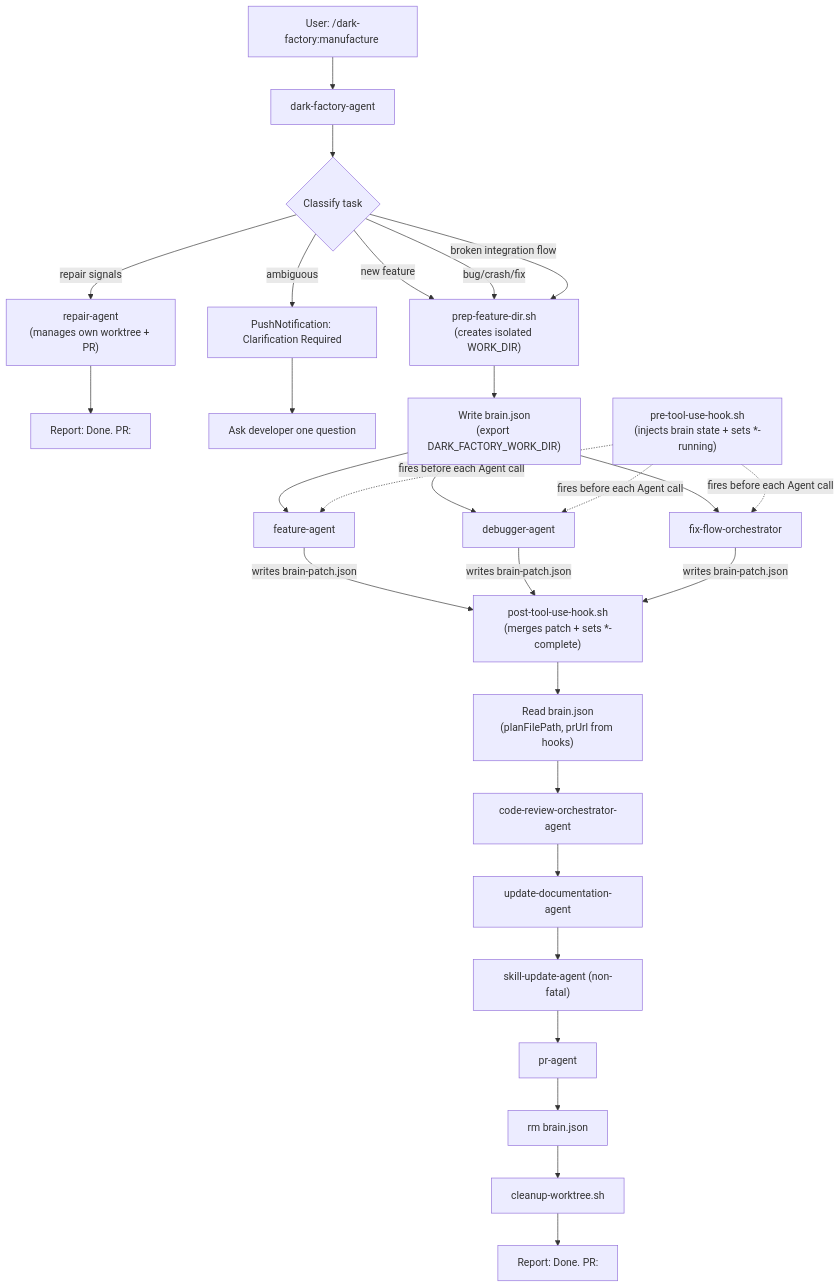
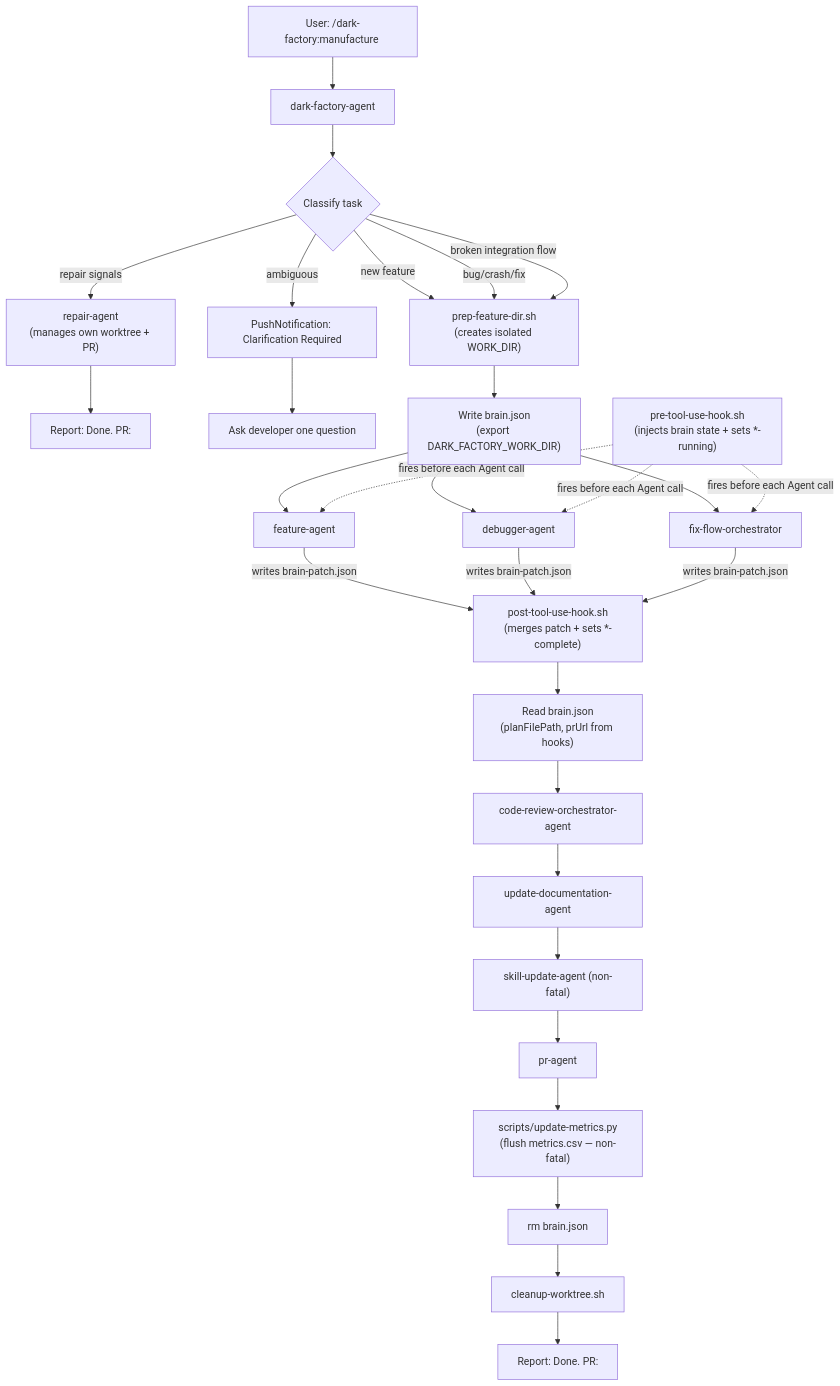
Before and after one commit to lewibs/dark-factory: the diagram in docs/docs/manufacture.md, drawn with Mermaid. The commit also changed other lines of this file and 14 other files, not shown here.

First line of the commit message:
feat(metrics): add CSV tracking for agent/skill runtime and token usage

````diff
--- a/docs/docs/manufacture.md
+++ b/docs/docs/manufacture.md
@@ -13,30 +13,31 @@
 ```mermaid
 flowchart TD
   User["User: /dark-factory:manufacture <task>"] --> DarkFactory["dark-factory-agent"]
   DarkFactory --> Classify{Classify task}
   Classify -->|repair signals| RepairAgent["repair-agent\n(manages own worktree + PR)"]
   RepairAgent --> Done2["Report: Done. PR: <url>"]
   Classify -->|new feature| Prep["prep-feature-dir.sh\n(creates isolated WORK_DIR)"]
   Classify -->|bug/crash/fix| Prep
   Classify -->|broken integration flow| Prep
   Classify -->|ambiguous| Push["PushNotification: Clarification Required"]
   Push --> User2["Ask developer one question"]
   Prep --> BrainCreate["Write brain.json\n(export DARK_FACTORY_WORK_DIR)"]
   BrainCreate --> Feature["feature-agent"]
   BrainCreate --> Debug["debugger-agent"]
   BrainCreate --> FixFlow["fix-flow-orchestrator"]
   PreHook["pre-tool-use-hook.sh\n(injects brain state + sets *-running)"] -.->|fires before each Agent call| Feature
   PreHook -.->|fires before each Agent call| Debug
   PreHook -.->|fires before each Agent call| FixFlow
   Feature -->|writes brain-patch.json| PostHook["post-tool-use-hook.sh\n(merges patch + sets *-complete)"]
   Debug -->|writes brain-patch.json| PostHook
   FixFlow -->|writes brain-patch.json| PostHook
   PostHook --> ReadBrain["Read brain.json\n(planFilePath, prUrl from hooks)"]
   ReadBrain --> CodeReview["code-review-orchestrator-agent"]
   CodeReview --> UpdateDocs["update-documentation-agent"]
   UpdateDocs --> SkillUpdate["skill-update-agent (non-fatal)"]
   SkillUpdate --> PR["pr-agent"]
-  PR --> BrainDelete["rm brain.json"]
+  PR --> MetricsFlush["scripts/update-metrics.py\n(flush metrics.csv — non-fatal)"]
+  MetricsFlush --> BrainDelete["rm brain.json"]
   BrainDelete --> Cleanup["cleanup-worktree.sh"]
   Cleanup --> Done["Report: Done. PR: <url>"]
 ```
````
